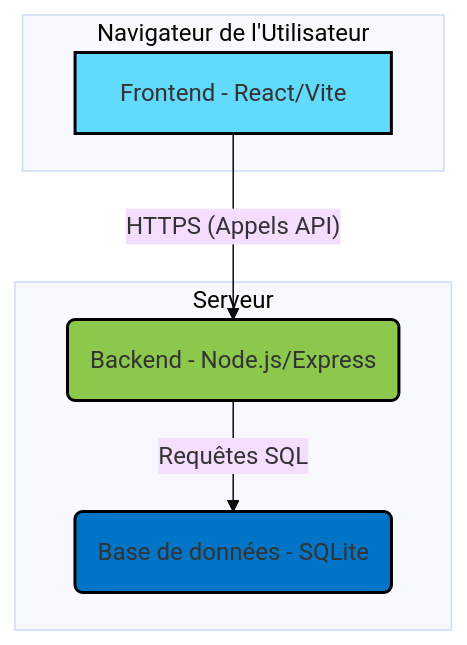
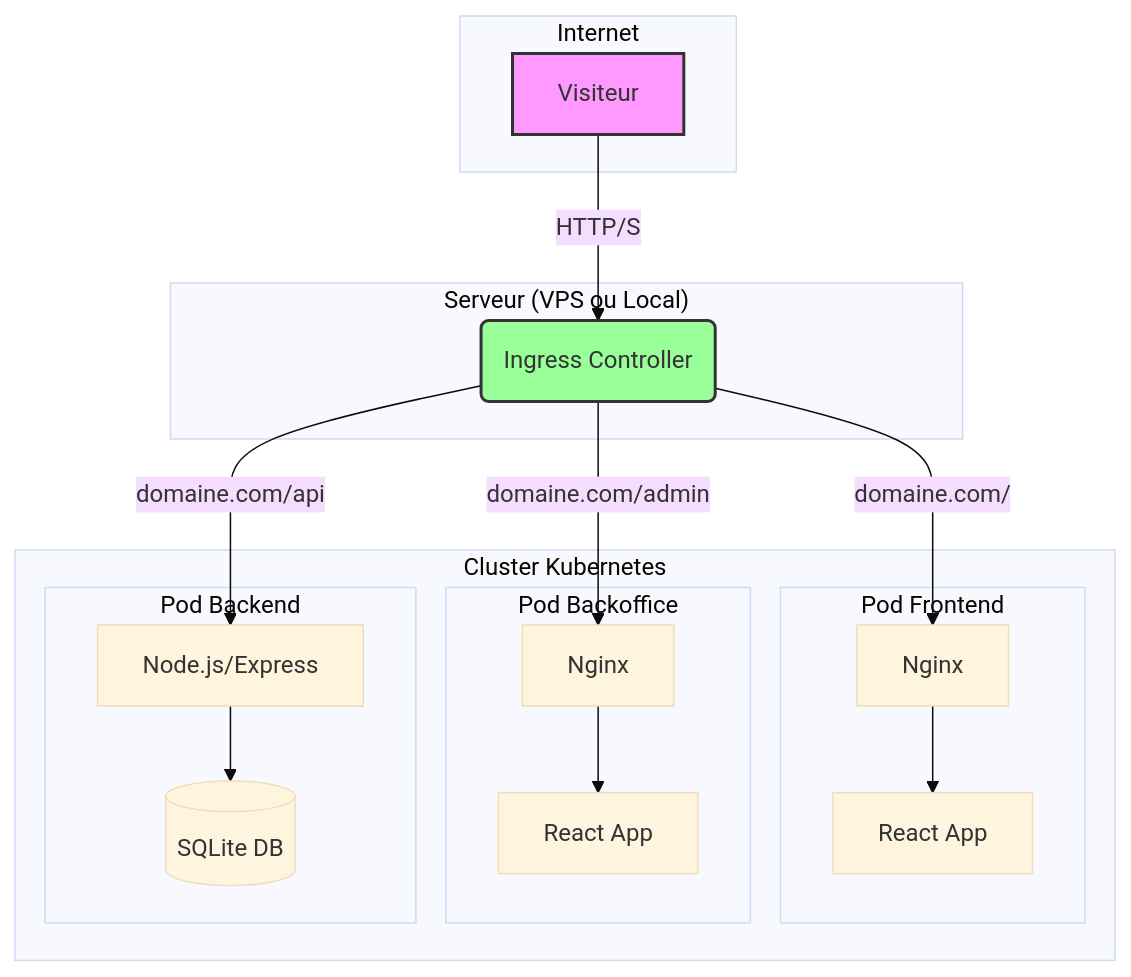
The diagram in README.md (NicolasRbls/MediaVault), drawn with Mermaid (base theme) before and after one commit. The commit also changed other lines of this file, not shown here.

First line of the commit message:
📝 docs(readme): enhance readme with deployment and api details

````diff
--- a/README.md
+++ b/README.md
@@ -42,18 +44,30 @@
 ```mermaid
 graph TD;
-    subgraph "Navigateur de l'Utilisateur"
-        A[Frontend - React/Vite]
+    subgraph "Internet"
+        U[Visiteur]
     end
 
-    subgraph "Serveur"
-        B(Backend - Node.js/Express)
-        C(Base de données - SQLite)
+    subgraph "Serveur (VPS ou Local)"
+        I(Ingress Controller)
     end
 
-    A -- "HTTPS (Appels API)" --> B;
-    B -- "Requêtes SQL" --> C;
+    subgraph "Cluster Kubernetes"
+        subgraph "Pod Frontend"
+            F_NGINX[Nginx] --> F_REACT[React App]
+        end
+        subgraph "Pod Backoffice"
+            BO_NGINX[Nginx] --> BO_REACT[React App]
+        end
+        subgraph "Pod Backend"
+            B_NODE[Node.js/Express] --> B_DB[(SQLite DB)]
+        end
+    end
 
-    style A fill:#61DAFB,stroke:#000,stroke-width:2px
-    style B fill:#8CC84B,stroke:#000,stroke-width:2px
-    style C fill:#0075C7,stroke:#000,stroke-width:2px
+    U -- "HTTP/S" --> I;
+    I -- "domaine.com/" --> F_NGINX;
+    I -- "domaine.com/admin" --> BO_NGINX;
+    I -- "domaine.com/api" --> B_NODE;
+
+    style U fill:#f9f,stroke:#333,stroke-width:2px
+    style I fill:#9f9,stroke:#333,stroke-width:2px
 ```
````
